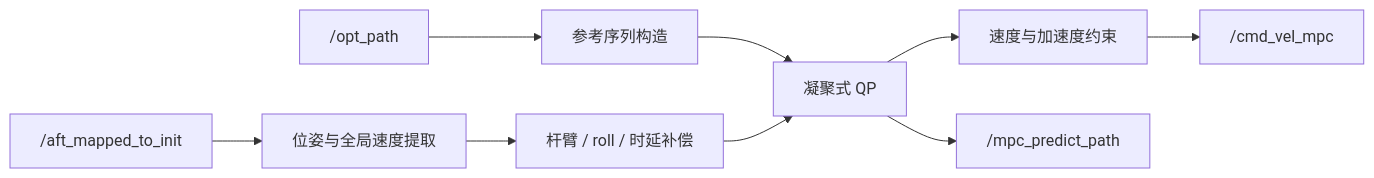
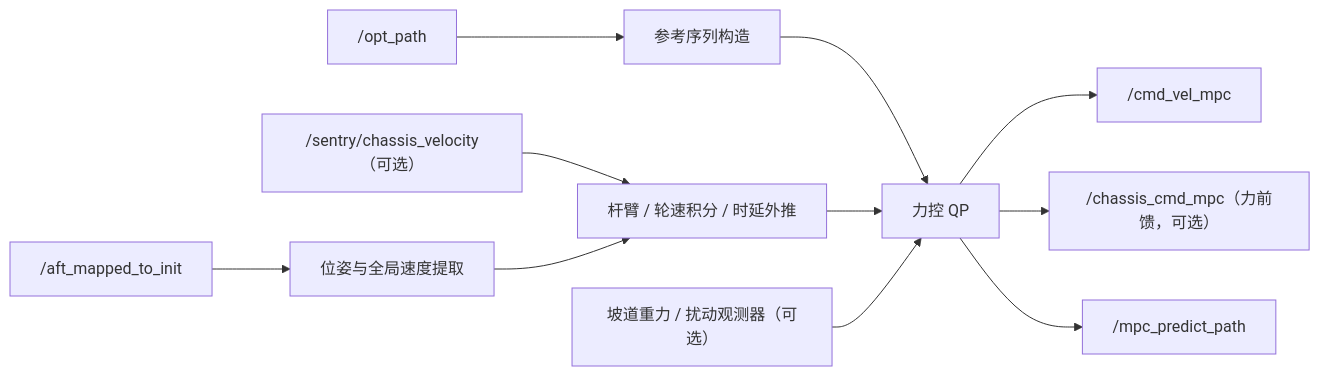
Before and after one commit to Wanqiq7/Pldx_ws: the diagram in src/navigation/minco_controller/README.md, drawn with Mermaid. The commit also changed other lines of this file and 32 other files, not shown here.

First line of the commit message:
feat: add force-control MPC and LibXR chassis integration

````diff
--- a/src/navigation/minco_controller/README.md
+++ b/src/navigation/minco_controller/README.md
@@ -23,11 +22,13 @@
 ```mermaid
 flowchart LR
   T["/opt_path"] --> R[参考序列构造]
   O["/aft_mapped_to_init"] --> S[位姿与全局速度提取]
-  S --> L[杆臂 / roll / 时延补偿]
-  R --> Q[凝聚式 QP]
+  W["/sentry/chassis_velocity（可选）"] --> L
+  S --> L[杆臂 / 轮速积分 / 时延外推]
+  R --> Q[力控 QP]
   L --> Q
-  Q --> C[速度与加速度约束]
-  C --> U["/cmd_vel_mpc"]
+  D[坡道重力 / 扰动观测器（可选）] --> Q
+  Q --> U["/cmd_vel_mpc"]
+  Q --> F["/chassis_cmd_mpc（力前馈，可选）"]
   Q --> V["/mpc_predict_path"]
 ```
````
